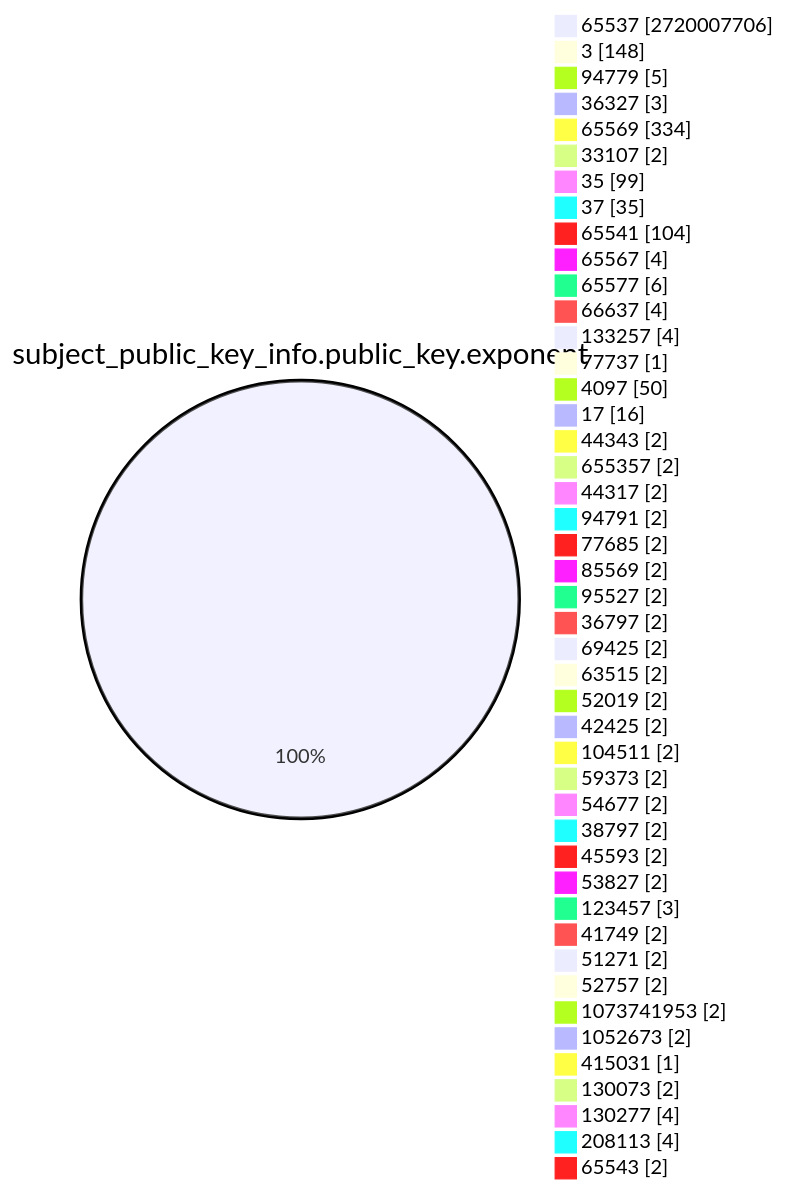
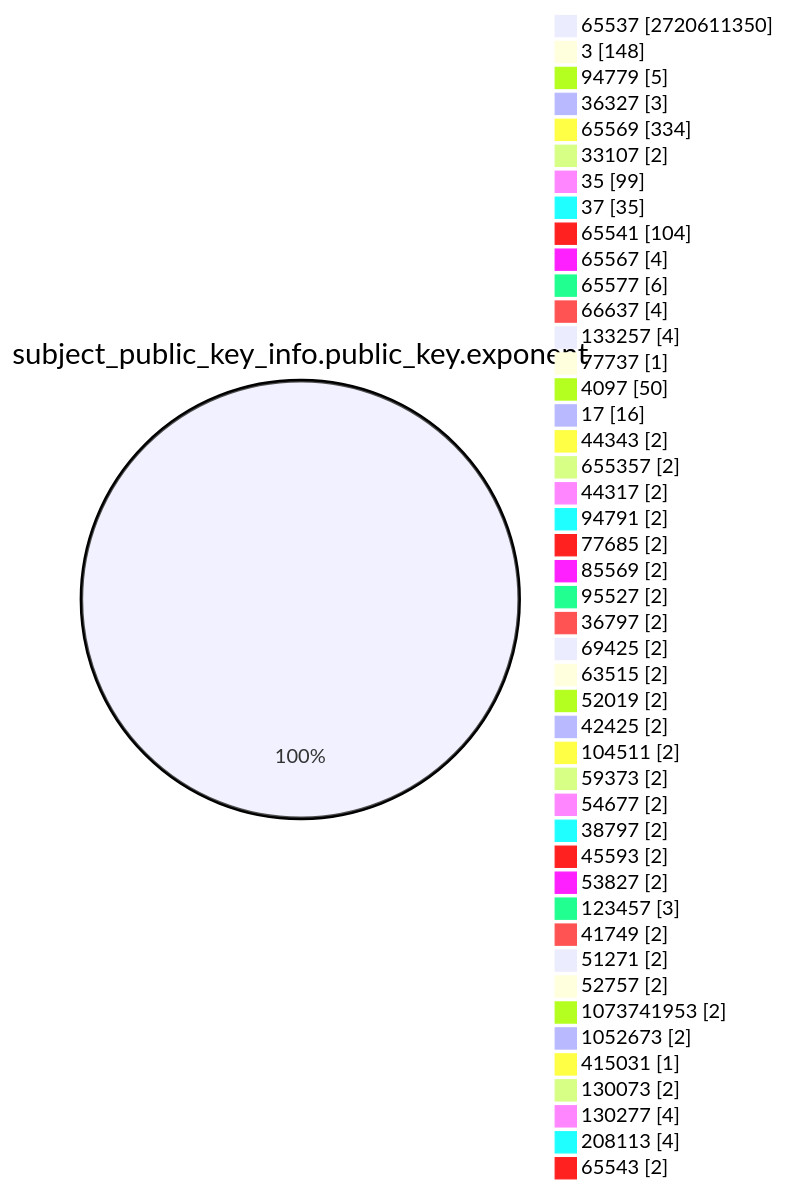
Before and after one commit to christiankrug/ctmonitor_visualization: the fourth of 15 diagrams in TOTAL/README.md, drawn with Mermaid. The commit also changed other lines of this file, not shown here.

````diff
--- a/TOTAL/README.md
+++ b/TOTAL/README.md
@@ -1467,49 +1467,49 @@
 ```mermaid
 pie showData
 title subject_public_key_info.public_key.exponent
-"65537" :2720007706
+"65537" :2720611350
 "3" :148
 "94779" :5
 "36327" :3
 "65569" :334
 "33107" :2
 "35" :99
 "37" :35
 "65541" :104
 "65567" :4
 "65577" :6
 "66637" :4
 "133257" :4
 "77737" :1
 "4097" :50
 "17" :16
 "44343" :2
 "655357" :2
 "44317" :2
 "94791" :2
 "77685" :2
 "85569" :2
 "95527" :2
 "36797" :2
 "69425" :2
 "63515" :2
 "52019" :2
 "42425" :2
 "104511" :2
 "59373" :2
 "54677" :2
 "38797" :2
 "45593" :2
 "53827" :2
 "123457" :3
 "41749" :2
 "51271" :2
 "52757" :2
 "1073741953" :2
 "1052673" :2
 "415031" :1
 "130073" :2
 "130277" :4
 "208113" :4
 "65543" :2
 ```
````
